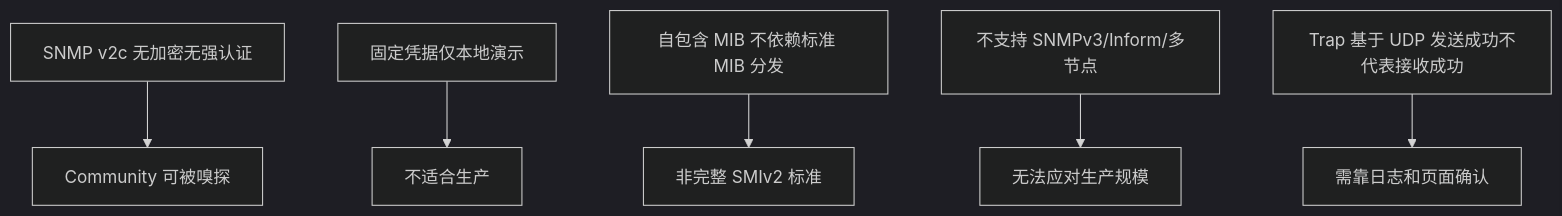
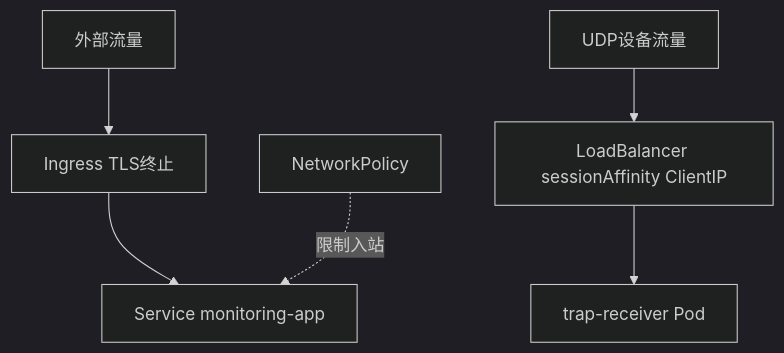
One commit to seki999/DialogueFlow_GitHub_OnLine changed the diagram in slides/snmp-trap-demo-course/22.md. Above: the diagram before and after it, drawn with Mermaid (dark theme). The commit also changed other lines of this file and 48 other files, not shown here.

````diff
--- a/slides/snmp-trap-demo-course/22.md
+++ b/slides/snmp-trap-demo-course/22.md
@@ -5,8 +5,8 @@
 ```mermaid
-flowchart TD
-    L1[SNMP v2c 无加密无强认证] --> Risk1[Community 可被嗅探]
-    L2[固定凭据仅本地演示] --> Risk2[不适合生产]
-    L3[自包含 MIB 不依赖标准 MIB 分发] --> Risk3[非完整 SMIv2 标准]
-    L4[不支持 SNMPv3/Inform/多节点] --> Risk4[无法应对生产规模]
-    L5[Trap 基于 UDP 发送成功不代表接收成功] --> Risk5[需靠日志和页面确认]
+flowchart TB
+  EXT[外部流量] --> ING[Ingress TLS终止]
+  ING --> SVC[Service monitoring-app]
+  UDP[UDP设备流量] --> LB[LoadBalancer sessionAffinity ClientIP]
+  LB --> POD[trap-receiver Pod]
+  NP[NetworkPolicy] -.限制入站.-> SVC
 ```
````
